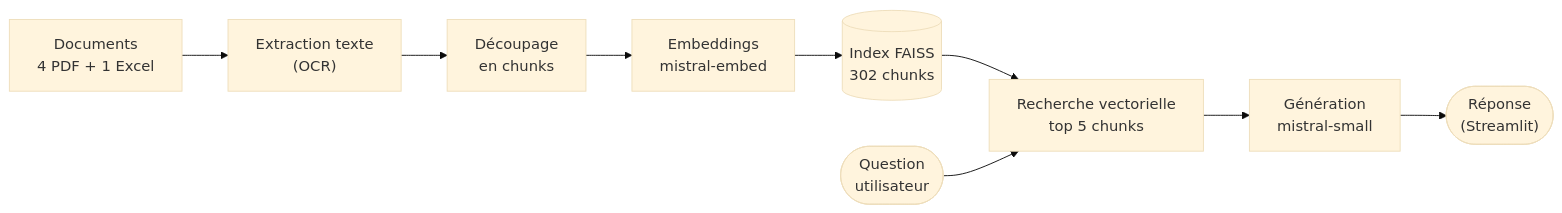
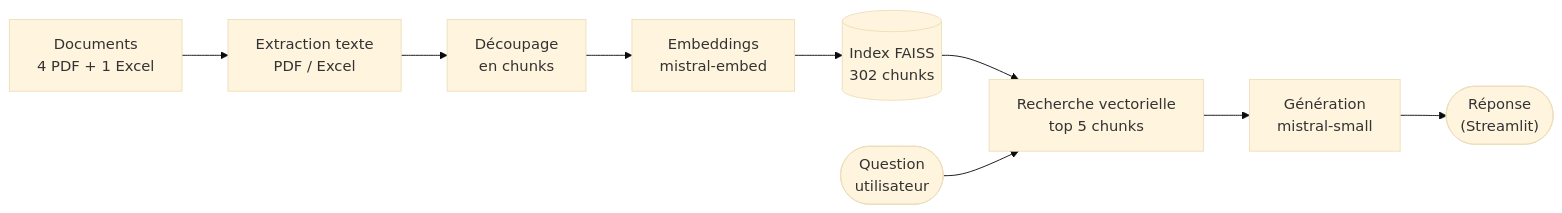
One commit to justinetct/oc_project10_ragas changed the first of 2 diagrams in docs/final_report.md. Above: the diagram before and after it, drawn with Mermaid (base theme). The commit also changed other lines of this file and 9 other files, not shown here.

````diff
--- a/docs/final_report.md
+++ b/docs/final_report.md
@@ -69,11 +139,11 @@
 ```mermaid
 flowchart LR
-    A["Documents<br/>4 PDF + 1 Excel"] --> B["Extraction texte<br/>(OCR)"]
+    A["Documents<br/>4 PDF + 1 Excel"] --> B["Extraction texte<br/>PDF / Excel"]
     B --> C["Découpage<br/>en chunks"]
     C --> D["Embeddings<br/>mistral-embed"]
     D --> E[("Index FAISS<br/>302 chunks")]
     E --> R["Recherche vectorielle<br/>top 5 chunks"]
     Q(["Question<br/>utilisateur"]) --> R
     R --> G["Génération<br/>mistral-small"]
     G --> S(["Réponse<br/>(Streamlit)"])
 ```
````
